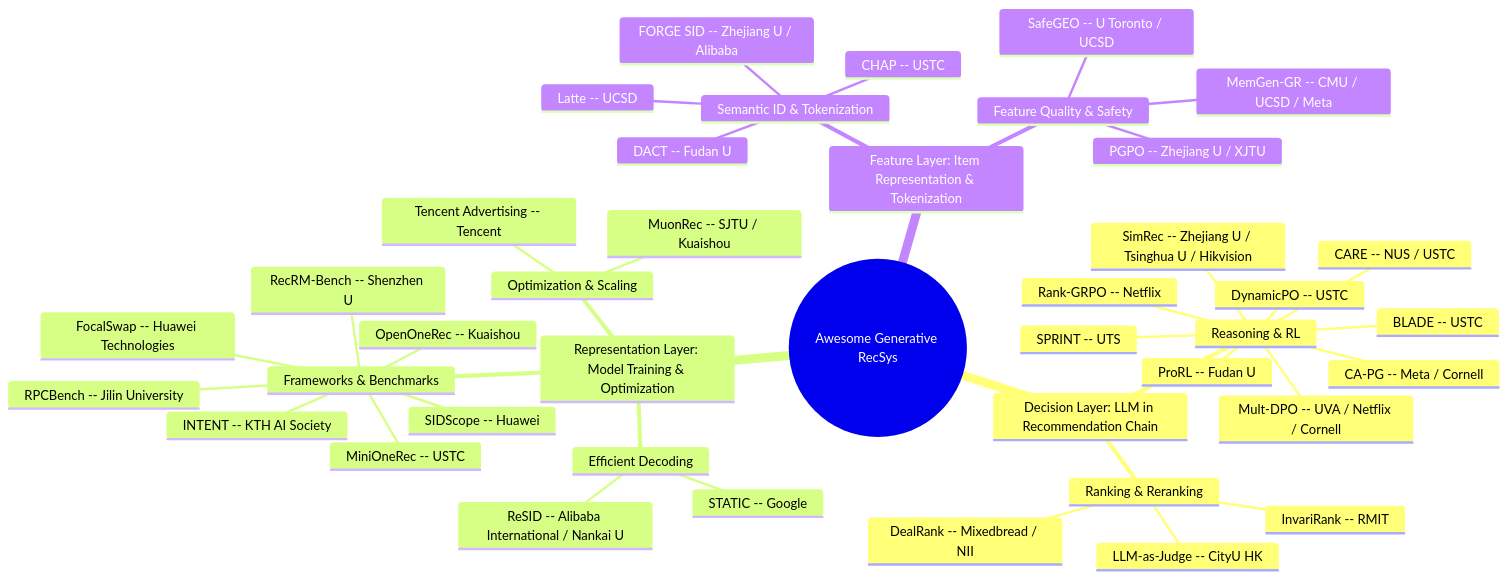
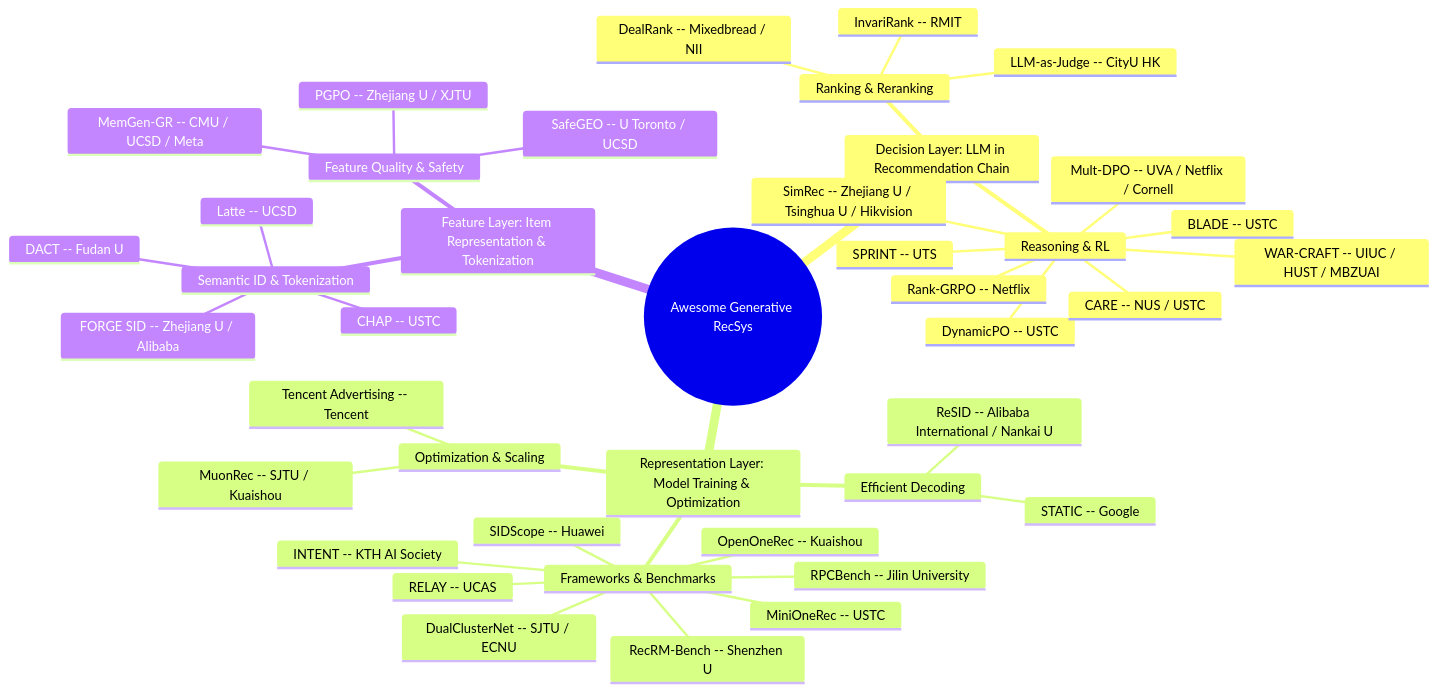
One commit to HaFred/awesome-generative-recsys changed the diagram in README.md. Above: the diagram before and after it, drawn with Mermaid. The commit also changed other lines of this file and 2 other files, not shown here.

Commit message:
feat: Meta scaling laws + Taobao discovery lead 8 recsys papers; RELAY and WAR-CRAFT opensourced

````diff
--- a/README.md
+++ b/README.md
@@ -30,44 +30,44 @@
 ```mermaid
 mindmap
   root((Awesome Generative RecSys))
     Decision Layer: LLM in Recommendation Chain
       Reasoning & RL
+        WAR-CRAFT -- UIUC / HUST / MBZUAI
         Rank-GRPO -- Netflix
         DynamicPO -- USTC
         BLADE -- USTC
         SPRINT -- UTS
         CARE -- NUS / USTC
         Mult-DPO -- UVA / Netflix / Cornell
-        CA-PG -- Meta / Cornell
-        ProRL -- Fudan U
         SimRec -- Zhejiang U / Tsinghua U / Hikvision
       Ranking & Reranking
         InvariRank -- RMIT
         DealRank -- Mixedbread / NII
         LLM-as-Judge -- CityU HK
     Representation Layer: Model Training & Optimization
       Frameworks & Benchmarks
         MiniOneRec -- USTC
         OpenOneRec -- Kuaishou
         RecRM-Bench -- Shenzhen U
         SIDScope -- Huawei
         RPCBench -- Jilin University
-        FocalSwap -- Huawei Technologies
         INTENT -- KTH AI Society
+        RELAY -- UCAS
+        DualClusterNet -- SJTU / ECNU
       Efficient Decoding
         STATIC -- Google
         ReSID -- Alibaba International / Nankai U
       Optimization & Scaling
         MuonRec -- SJTU / Kuaishou
         Tencent Advertising -- Tencent
     Feature Layer: Item Representation & Tokenization
       Semantic ID & Tokenization
         Latte -- UCSD
         FORGE SID -- Zhejiang U / Alibaba
         DACT -- Fudan U
         CHAP -- USTC
       Feature Quality & Safety
         SafeGEO -- U Toronto / UCSD
         MemGen-GR -- CMU / UCSD / Meta
         PGPO -- Zhejiang U / XJTU
 ```
````
